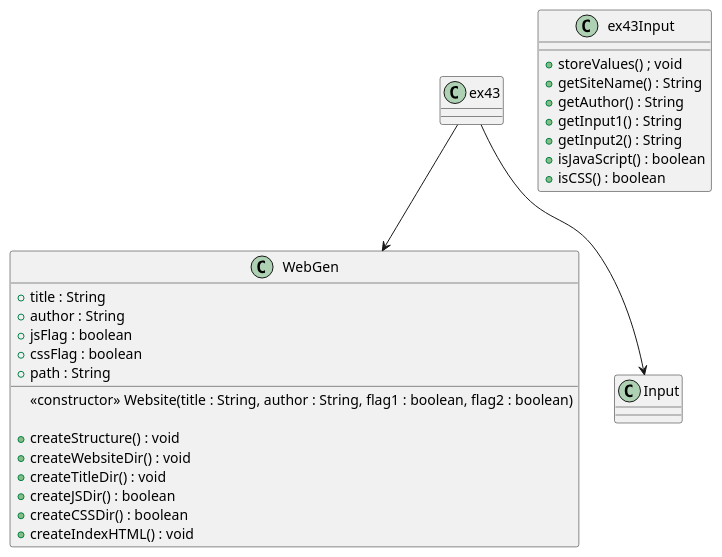
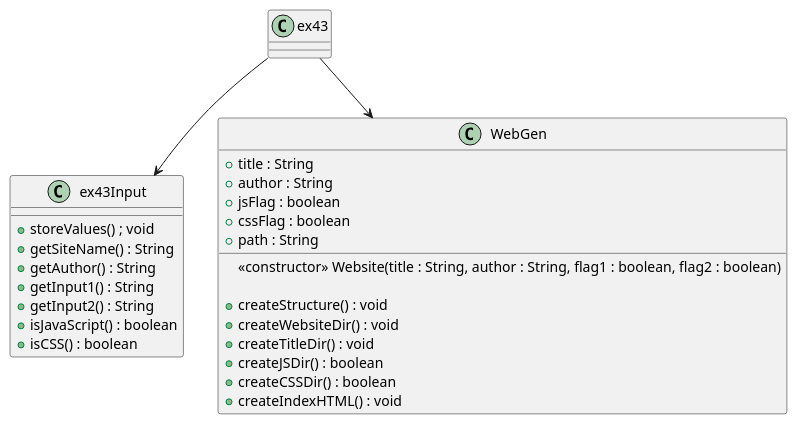
The diagram in src/main/java/ex43/ex43.puml (simonautran/autran-cop3330-assignment3), drawn with PlantUML before and after one commit.

```diff
--- a/src/main/java/ex43/ex43.puml
+++ b/src/main/java/ex43/ex43.puml
@@ -1,35 +1,35 @@
 @startuml
 'https://plantuml.com/class-diagram
 class ex43 
 {
 }
 class ex43Input 
 {
     + storeValues() ; void
     + getSiteName() : String
     + getAuthor() : String
     + getInput1() : String
     + getInput2() : String
     + isJavaScript() : boolean
     + isCSS() : boolean
 }
 class WebGen 
 {
     + title : String
     + author : String
     + jsFlag : boolean
     + cssFlag : boolean
     + path : String
 
     <<constructor>> Website(title : String, author : String, flag1 : boolean, flag2 : boolean)
 
     + createStructure() : void
     + createWebsiteDir() : void
     + createTitleDir() : void
     + createJSDir() : boolean
     + createCSSDir() : boolean
     + createIndexHTML() : void
 }
 ex43 --> WebGen
-ex43 --> Input
+ex43 --> ex43Input
 @enduml
```
